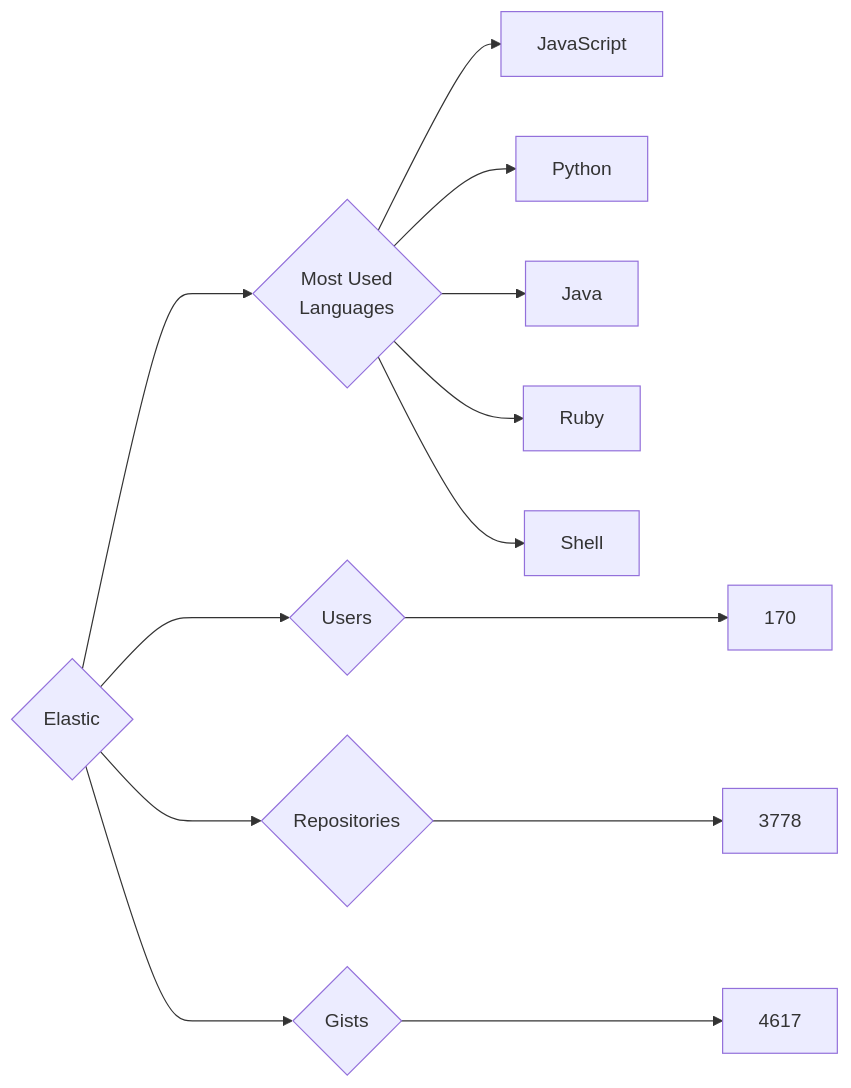
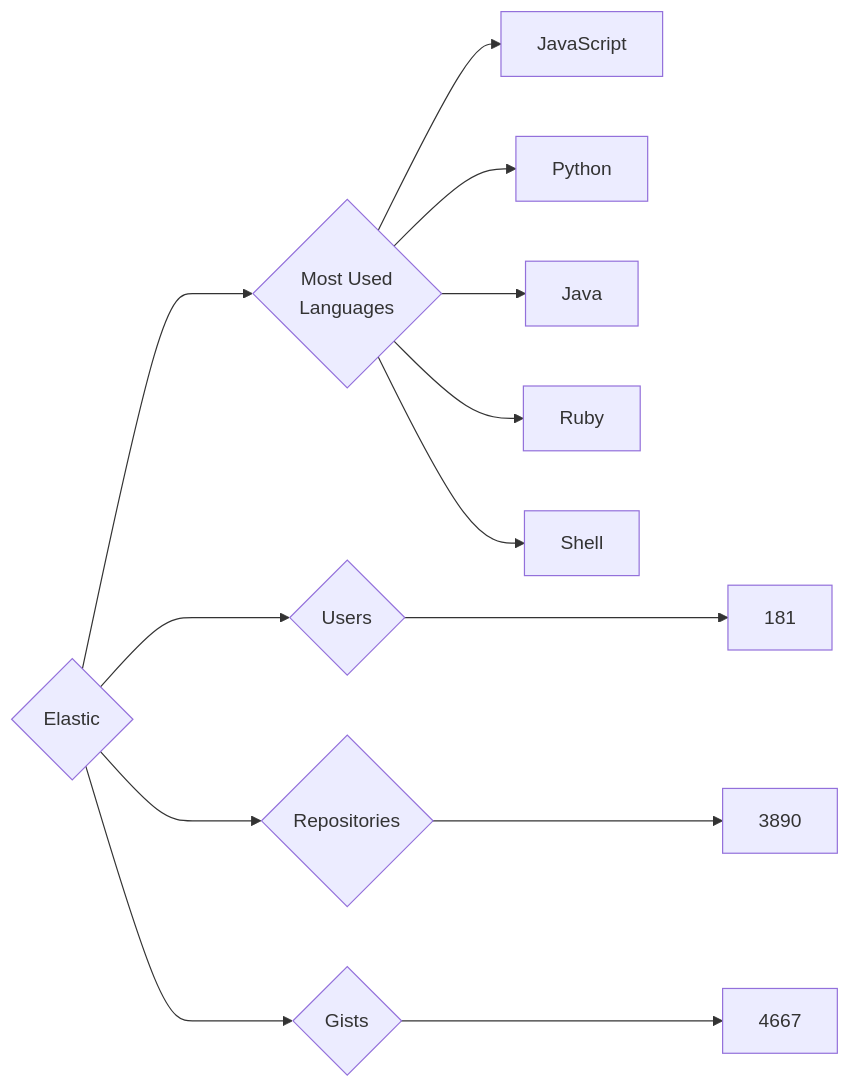
Before and after one commit to trickest/insiders: the diagram in targets/Elastic/README.md, drawn with Mermaid. The commit also changed 1084 other files, not shown here.

````diff
--- a/targets/Elastic/README.md
+++ b/targets/Elastic/README.md
@@ -3,13 +3,13 @@
 ```mermaid
 graph LR
 COMPANY_NAME{Elastic}
-COMPANY_NAME ---> U{Users} ---> UN[170]
-COMPANY_NAME ---> R{Repositories} ---> RN[3778]
-COMPANY_NAME ---> G{Gists} ---> GN[4617]
+COMPANY_NAME ---> U{Users} ---> UN[181]
+COMPANY_NAME ---> R{Repositories} ---> RN[3890]
+COMPANY_NAME ---> G{Gists} ---> GN[4667]
 COMPANY_NAME ---> ML{Most Used<br>Languages}
 ML --> JavaScript[JavaScript]
 ML --> Python[Python]
 ML --> Java[Java]
 ML --> Ruby[Ruby]
 ML --> Shell[Shell]
 ```
````
